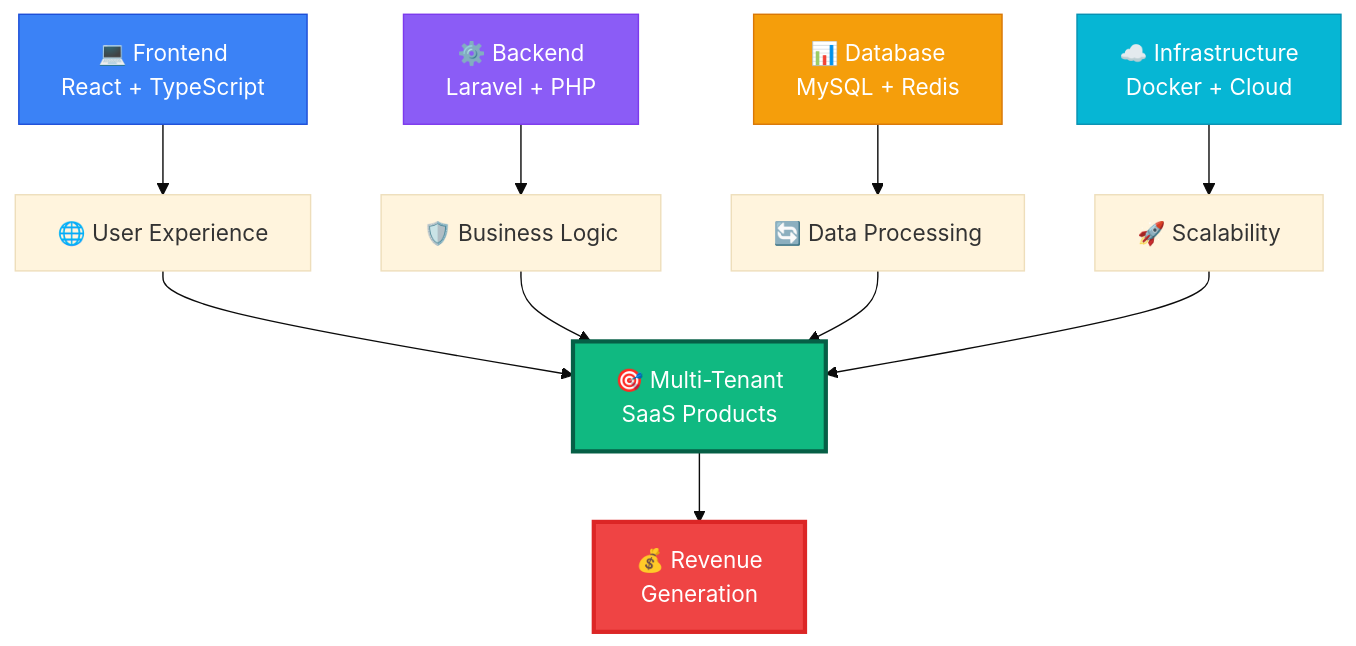
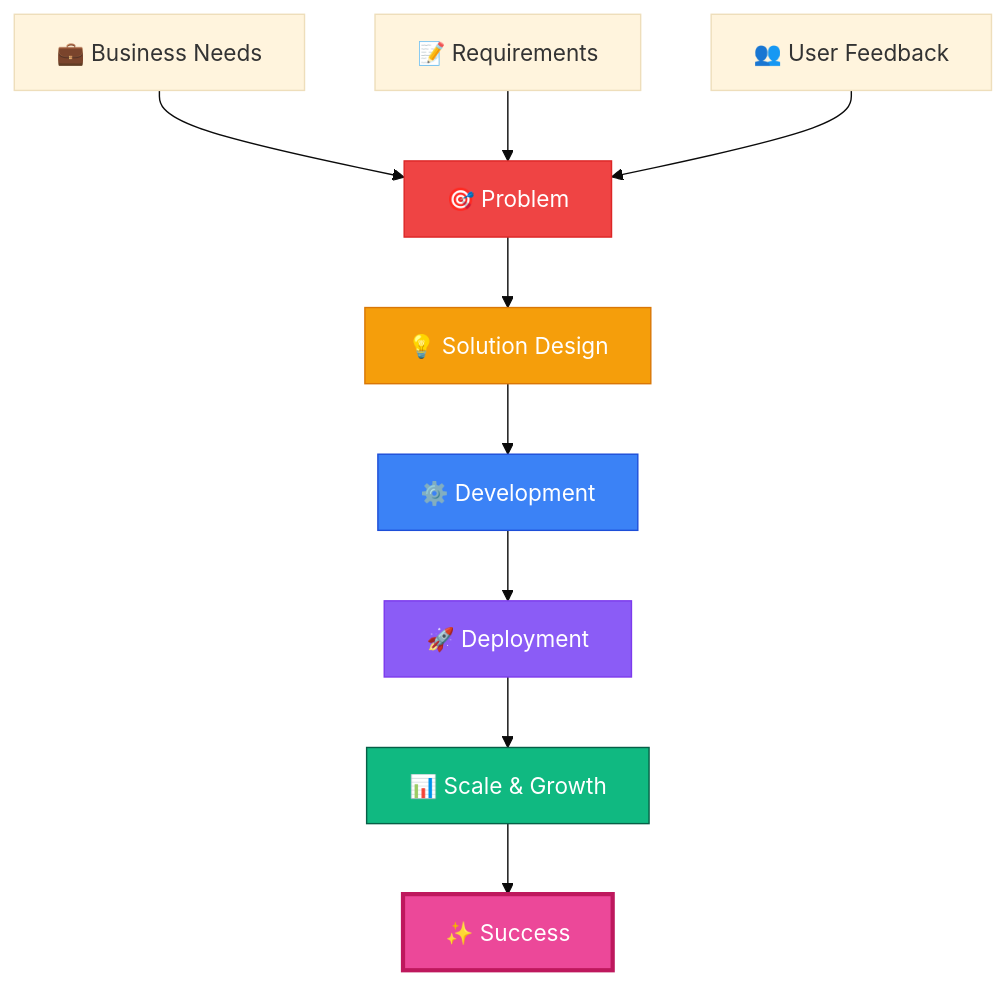
Before and after one commit to Husein-Abdi/Husein-Abdi: the diagram in README.md, drawn with Mermaid (base theme). The commit also changed other lines of this file, not shown here.

Commit message:
`update read me`

````diff
--- a/README.md
+++ b/README.md
@@ -55,21 +55,20 @@
 ```mermaid
 graph TD
-    A[💻 Frontend<br/>React + TypeScript] --> B[🌐 User Experience]
-    C[⚙️ Backend<br/>Laravel + PHP] --> D[🛡️ Business Logic]
-    E[📊 Database<br/>MySQL + Redis] --> F[🔄 Data Processing]
-    G[☁️ Infrastructure<br/>Docker + Cloud] --> H[🚀 Scalability]
+    A[🎯 Problem] --> B[💡 Solution Design]
+    B --> C[⚙️ Development]
+    C --> D[🚀 Deployment]
+    D --> E[📊 Scale & Growth]
     
-    B --> I[🎯 Multi-Tenant<br/>SaaS Products]
-    D --> I
-    F --> I
-    H --> I
+    F[💼 Business Needs] --> A
+    G[📝 Requirements] --> A
+    H[👥 User Feedback] --> A
     
-    I --> J[💰 Revenue<br/>Generation]
+    E --> I[✨ Success]
     
-    style I fill:#10B981,stroke:#065F46,color:#fff,stroke-width:3px
-    style J fill:#EF4444,stroke:#DC2626,color:#fff,stroke-width:3px
-    style A fill:#3B82F6,stroke:#1D4ED8,color:#fff
-    style C fill:#8B5CF6,stroke:#7C3AED,color:#fff
-    style E fill:#F59E0B,stroke:#D97706,color:#fff
-    style G fill:#06B6D4,stroke:#0891B2,color:#fff
+    style A fill:#EF4444,stroke:#DC2626,color:#fff
+    style B fill:#F59E0B,stroke:#D97706,color:#fff
+    style C fill:#3B82F6,stroke:#1D4ED8,color:#fff
+    style D fill:#8B5CF6,stroke:#7C3AED,color:#fff
+    style E fill:#10B981,stroke:#065F46,color:#fff
+    style I fill:#EC4899,stroke:#BE185D,color:#fff,stroke-width:3px
 ```
````
